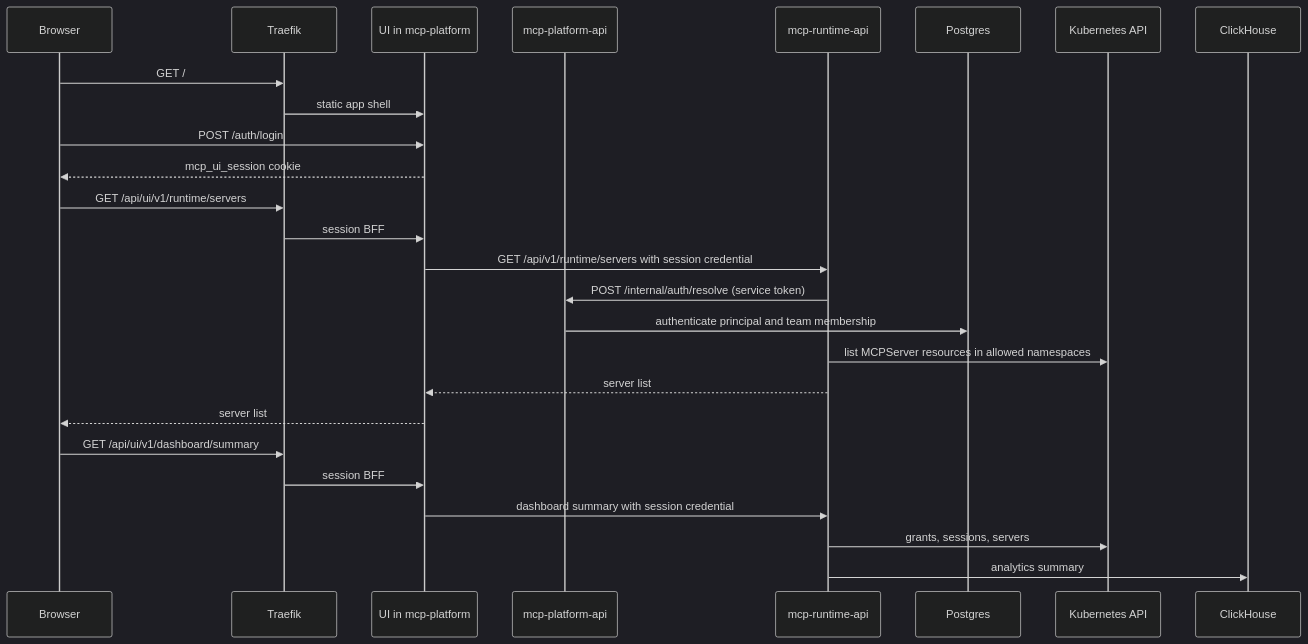
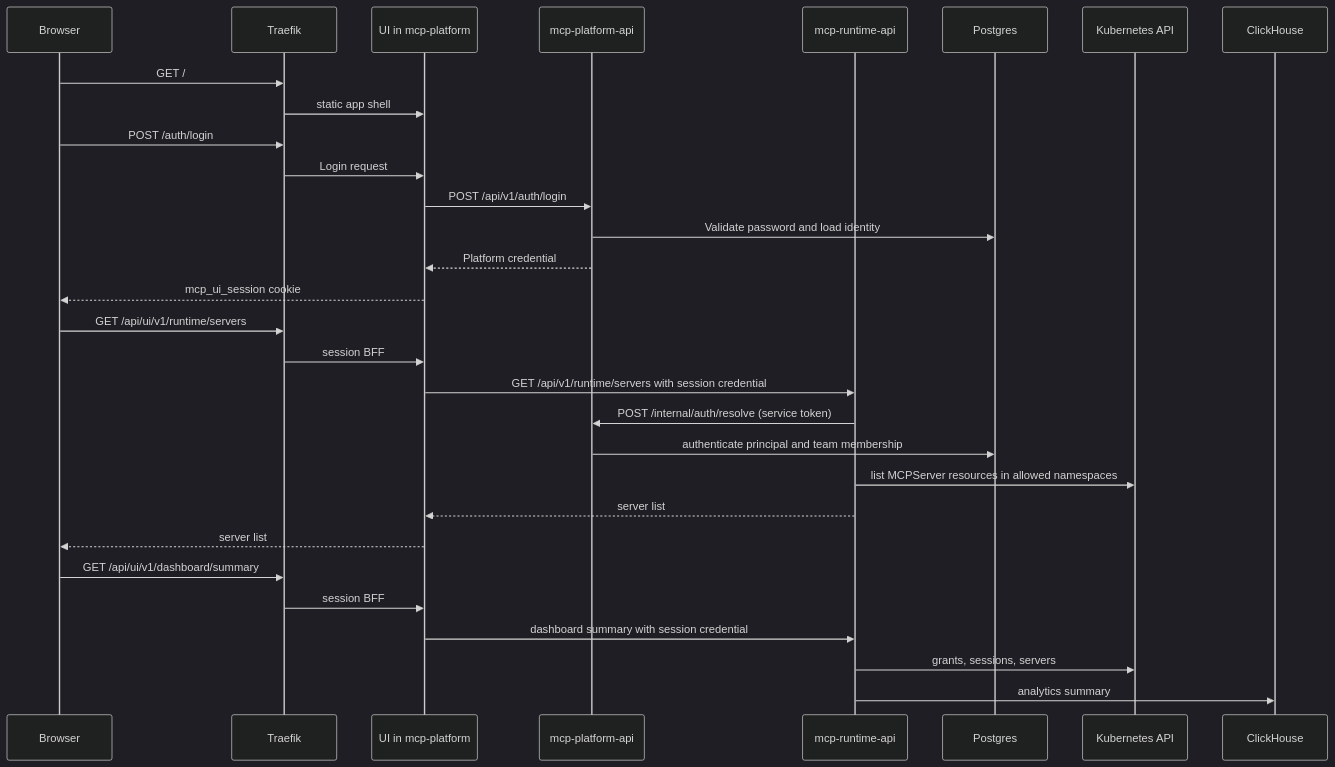
Before and after one commit to mcp-runtime/mcp-runtime: the fifth of 9 diagrams in docs/internals/request-flows.md, drawn with Mermaid (dark theme). The commit also changed other lines of this file and 59 other files, not shown here.

````diff
--- a/docs/internals/request-flows.md
+++ b/docs/internals/request-flows.md
@@ -169,29 +176,33 @@
 ```mermaid
 sequenceDiagram
     participant Browser
     participant Ingress as Traefik
     participant UI as UI in mcp-platform
     participant Platform as mcp-platform-api
     participant Runtime as mcp-runtime-api
     participant DB as Postgres
     participant K8s as Kubernetes API
     participant Store as ClickHouse
 
     Browser->>Ingress: GET /
     Ingress->>UI: static app shell
-    Browser->>UI: POST /auth/login
+    Browser->>Ingress: POST /auth/login
+    Ingress->>UI: Login request
+    UI->>Platform: POST /api/v1/auth/login
+    Platform->>DB: Validate password and load identity
+    Platform-->>UI: Platform credential
     UI-->>Browser: mcp_ui_session cookie
     Browser->>Ingress: GET /api/ui/v1/runtime/servers
     Ingress->>UI: session BFF
     UI->>Runtime: GET /api/v1/runtime/servers with session credential
     Runtime->>Platform: POST /internal/auth/resolve (service token)
     Platform->>DB: authenticate principal and team membership
     Runtime->>K8s: list MCPServer resources in allowed namespaces
     Runtime-->>UI: server list
     UI-->>Browser: server list
     Browser->>Ingress: GET /api/ui/v1/dashboard/summary
     Ingress->>UI: session BFF
     UI->>Runtime: dashboard summary with session credential
     Runtime->>K8s: grants, sessions, servers
     Runtime->>Store: analytics summary
 ```
````
